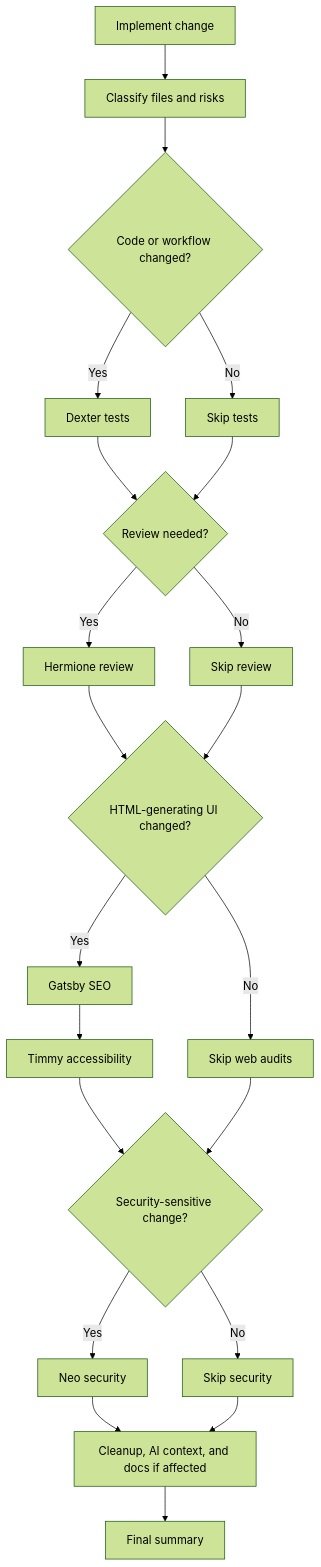
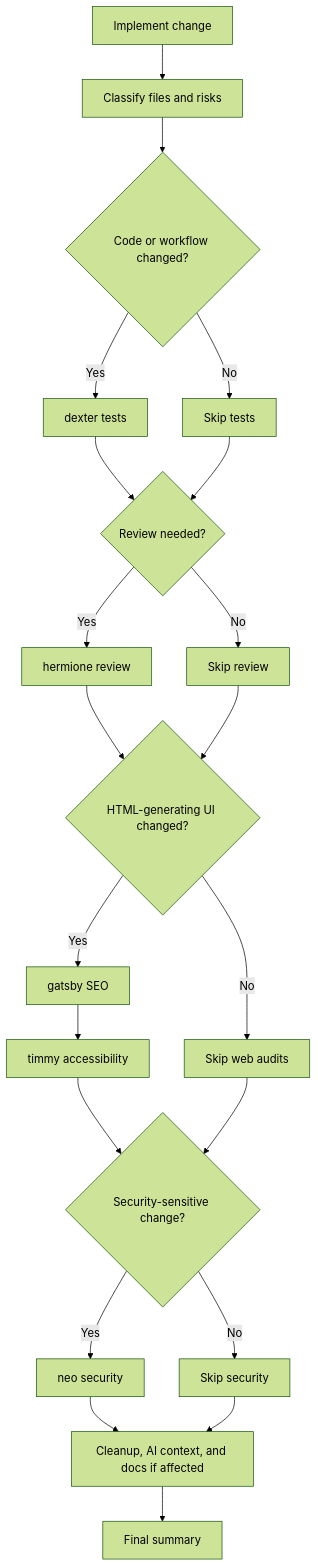
One commit to ThibaultAuge/myAgents changed the second of 2 diagrams in README.md. Above: the diagram before and after it, drawn with Mermaid (forest theme). The commit also changed other lines of this file and 38 other files, not shown here.

````diff
--- a/README.md
+++ b/README.md
@@ -79,23 +101,23 @@
 ```mermaid
 flowchart TD
     A[Implement change] --> B[Classify files and risks]
     B --> C{Code or workflow changed?}
-    C -- Yes --> D[Dexter tests]
+    C -- Yes --> D[dexter tests]
     C -- No --> E[Skip tests]
     D --> F{Review needed?}
     E --> F
-    F -- Yes --> G[Hermione review]
+    F -- Yes --> G[hermione review]
     F -- No --> H[Skip review]
     G --> I{HTML-generating UI changed?}
     H --> I
-    I -- Yes --> J[Gatsby SEO]
-    J --> K[Timmy accessibility]
+    I -- Yes --> J[gatsby SEO]
+    J --> K[timmy accessibility]
     I -- No --> L[Skip web audits]
     K --> M{Security-sensitive change?}
     L --> M
-    M -- Yes --> N[Neo security]
+    M -- Yes --> N[neo security]
     M -- No --> O[Skip security]
     N --> P[Cleanup, AI context, and docs if affected]
     O --> P
     P --> Q[Final summary]
 ```
````
